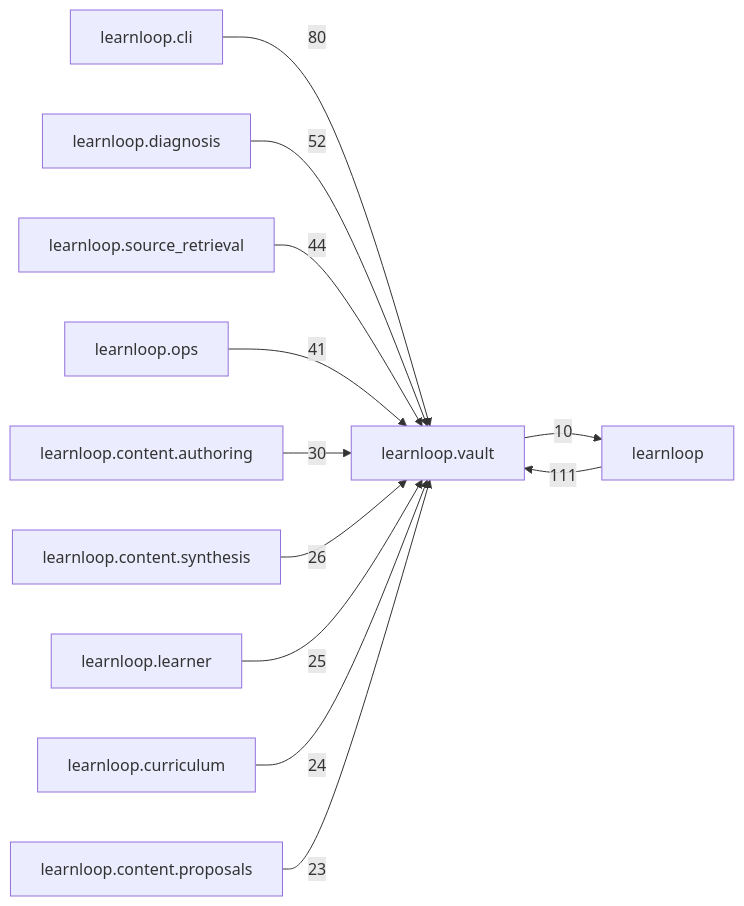
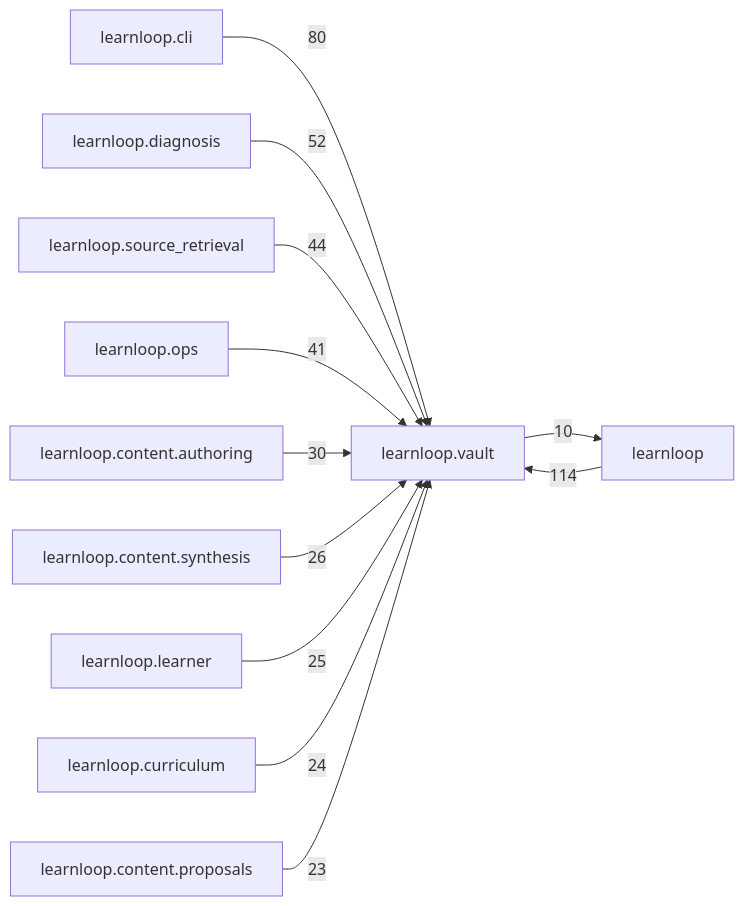
The diagram in docs/learnloop-architecture-vault/Reference/Modules/learnloop/vault/_package.md (6up-b/learnanything), drawn with Mermaid before and after one commit. The commit also changed other lines of this file and 78 other files, not shown here.

````diff
--- a/docs/learnloop-architecture-vault/Reference/Modules/learnloop/vault/_package.md
+++ b/docs/learnloop-architecture-vault/Reference/Modules/learnloop/vault/_package.md
@@ -139,25 +139,25 @@
 ```mermaid
 flowchart LR
     center["learnloop.vault"]
     n_learnloop["learnloop"]
     n_learnloop_cli["learnloop.cli"]
     n_learnloop_diagnosis["learnloop.diagnosis"]
     n_learnloop_source_retrieval["learnloop.source_retrieval"]
     n_learnloop_ops["learnloop.ops"]
     n_learnloop_content_authoring["learnloop.content.authoring"]
     n_learnloop_content_synthesis["learnloop.content.synthesis"]
     n_learnloop_learner["learnloop.learner"]
     n_learnloop_curriculum["learnloop.curriculum"]
     n_learnloop_content_proposals["learnloop.content.proposals"]
-    n_learnloop -->|111| center
+    n_learnloop -->|114| center
     center -->|10| n_learnloop
     n_learnloop_cli -->|80| center
     n_learnloop_diagnosis -->|52| center
     n_learnloop_source_retrieval -->|44| center
     n_learnloop_ops -->|41| center
     n_learnloop_content_authoring -->|30| center
     n_learnloop_content_synthesis -->|26| center
     n_learnloop_learner -->|25| center
     n_learnloop_curriculum -->|24| center
     n_learnloop_content_proposals -->|23| center
 ```
````
